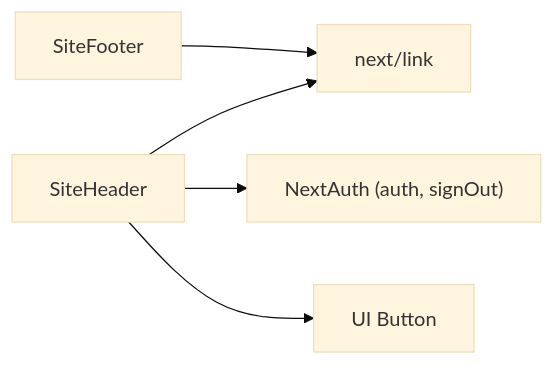
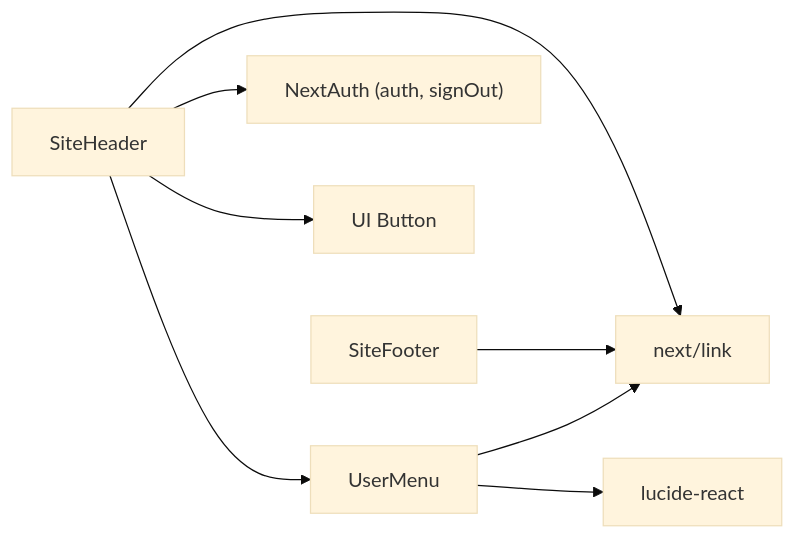
One commit to gyamposudodzi/Timberland changed the sixth of 6 diagrams in .qoder/repowiki/en/content/UI Components/Layout Components.md. Above: the diagram before and after it, drawn with Mermaid (base theme). The commit also changed other lines of this file and 78 other files, not shown here.

````diff
--- a/.qoder/repowiki/en/content/UI Components/Layout Components.md
+++ b/.qoder/repowiki/en/content/UI Components/Layout Components.md
@@ -219,7 +304,10 @@
 ```mermaid
 graph LR
 Header["SiteHeader"] --> NextLink["next/link"]
 Header --> NextAuth["NextAuth (auth, signOut)"]
 Header --> Button["UI Button"]
+Header --> UserMenu["UserMenu"]
+UserMenu --> NextLink
+UserMenu --> Icons["lucide-react"]
 Footer["SiteFooter"] --> NextLink
 ```
````
